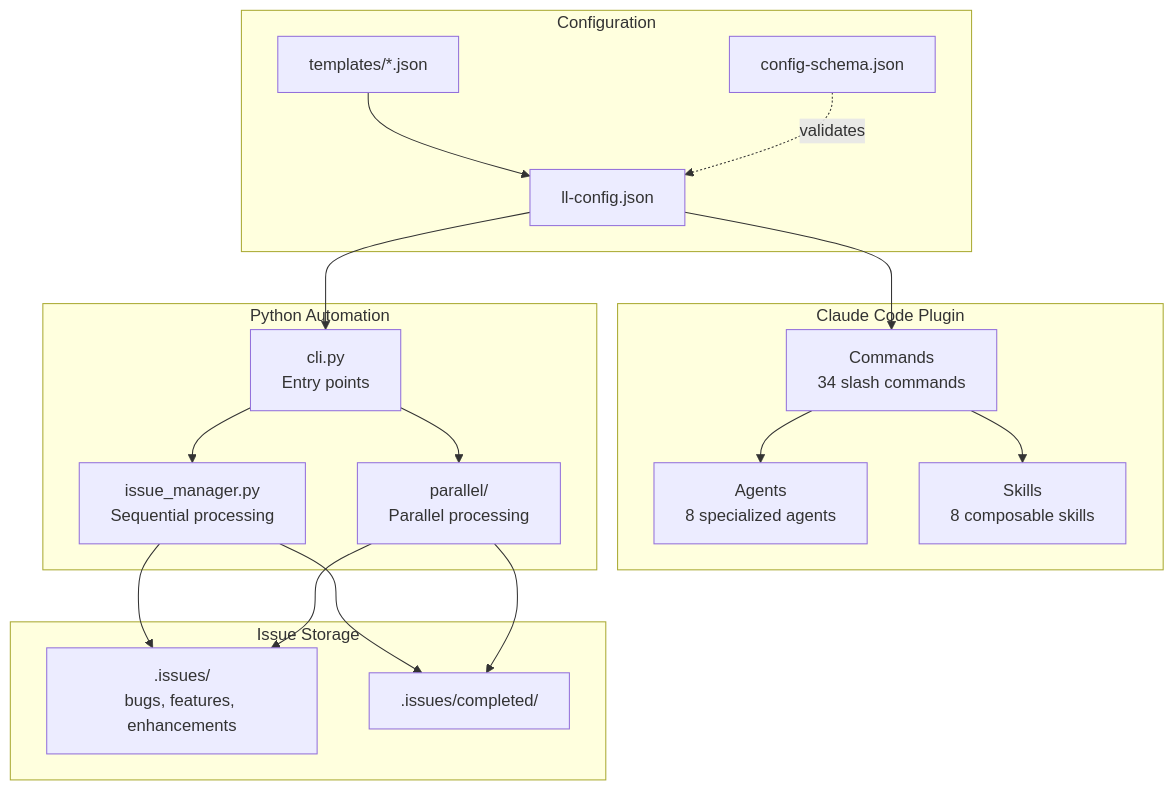
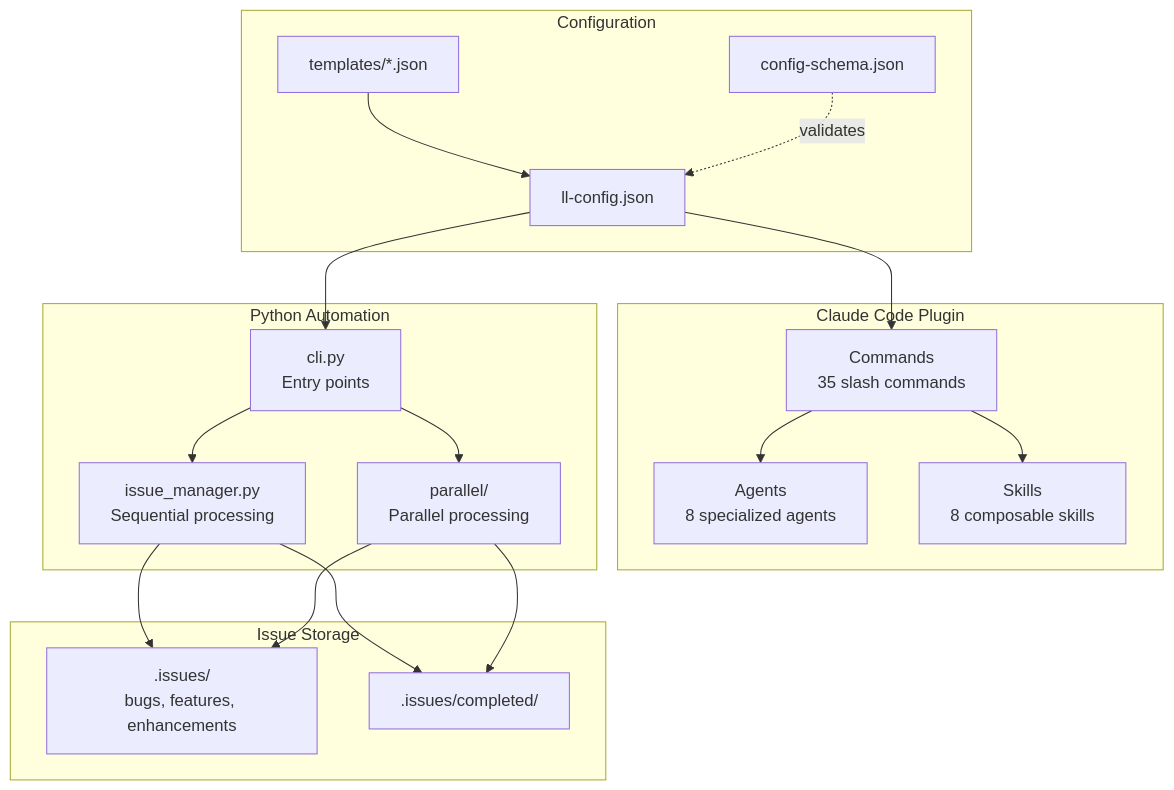
The first of 13 diagrams in docs/ARCHITECTURE.md (BrennonTWilliams/little-loops), drawn with Mermaid before and after one commit. The commit also changed other lines of this file and 5 other files, not shown here.

````diff
--- a/docs/ARCHITECTURE.md
+++ b/docs/ARCHITECTURE.md
@@ -21,38 +21,38 @@
 ```mermaid
 flowchart TB
     subgraph "Claude Code Plugin"
-        CMD[Commands<br/>34 slash commands]
+        CMD[Commands<br/>35 slash commands]
         AGT[Agents<br/>8 specialized agents]
         SKL[Skills<br/>8 composable skills]
     end
 
     subgraph "Configuration"
         CFG[ll-config.json]
         SCHEMA[config-schema.json]
         TPL[templates/*.json]
     end
 
     subgraph "Python Automation"
         CLI[cli.py<br/>Entry points]
         AUTO[issue_manager.py<br/>Sequential processing]
         PARALLEL[parallel/<br/>Parallel processing]
     end
 
     subgraph "Issue Storage"
         ISSUES[.issues/<br/>bugs, features, enhancements]
         COMPLETED[.issues/completed/]
     end
 
     CFG --> CMD
     TPL --> CFG
     SCHEMA -.->|validates| CFG
     CFG --> CLI
     CMD --> AGT
     CMD --> SKL
     CLI --> AUTO
     CLI --> PARALLEL
     AUTO --> ISSUES
     PARALLEL --> ISSUES
     AUTO --> COMPLETED
     PARALLEL --> COMPLETED
 ```
````
